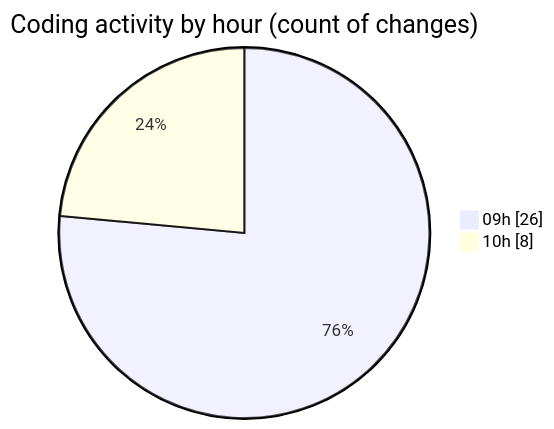
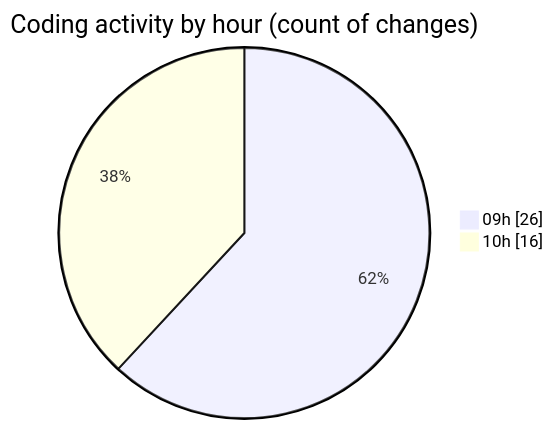
Before and after one commit to momahboobian/code-tracking: the second of 2 diagrams in 2025-11-17/cda/README.md, drawn with Mermaid. The commit also changed other lines of this file and 1 other file, not shown here.

````diff
--- a/2025-11-17/cda/README.md
+++ b/2025-11-17/cda/README.md
@@ -29,6 +33,6 @@
 ```mermaid
 pie showData
 title Coding activity by hour (count of changes)
 "09h" : 26
-"10h" : 8
+"10h" : 16
 ```
````
